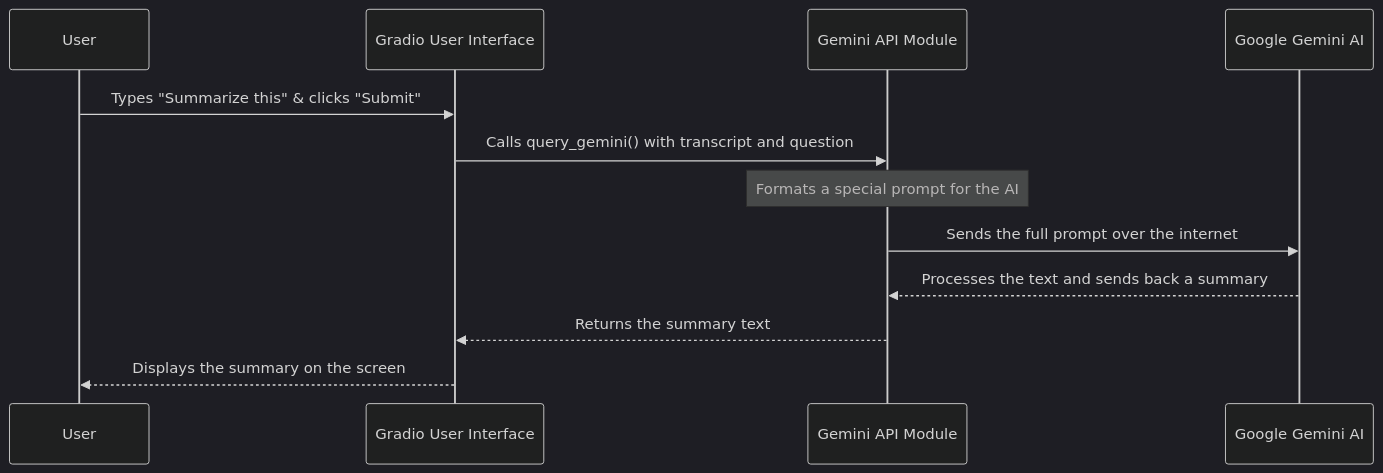
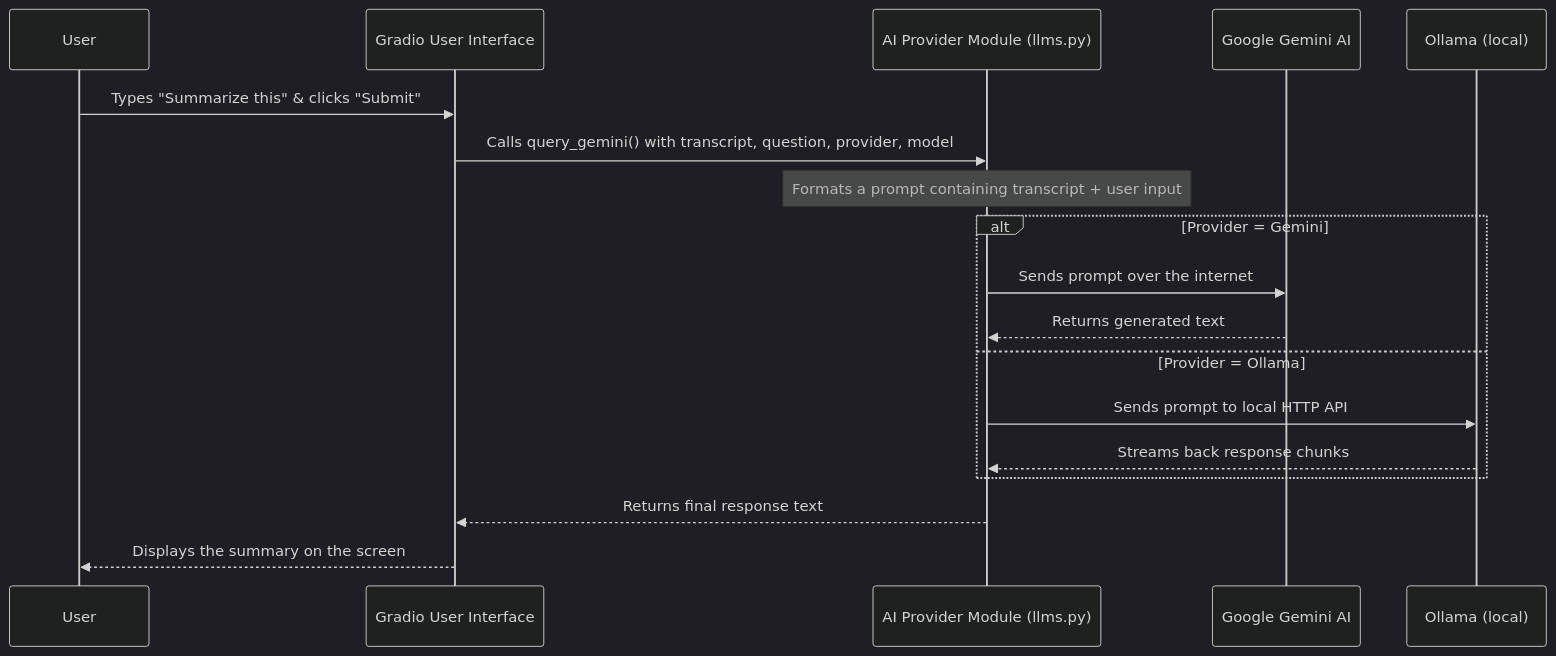
The diagram in documentation/04_gemini_ai_integration_.md (CorsiDanilo/Whisper-Audio-Video-Transcription-App), drawn with Mermaid (dark theme) before and after one commit. The commit also changed other lines of this file and 3 other files, not shown here.

Commit message:
Enhance AI integration: add support for Ollama and Gemini models in UI, update README and documentation

````diff
--- a/documentation/04_gemini_ai_integration_.md
+++ b/documentation/04_gemini_ai_integration_.md
@@ -39,15 +44,21 @@
 ```mermaid
 sequenceDiagram
     participant User
     participant UI as Gradio User Interface
-    participant GAPI as Gemini API Module
+    participant L as AI Provider Module (llms.py)
     participant GEM as Google Gemini AI
+    participant OLL as Ollama (local)
 
     User->>UI: Types "Summarize this" & clicks "Submit"
-    UI->>GAPI: Calls query_gemini() with transcript and question
-    Note over GAPI: Formats a special prompt for the AI
-    GAPI->>GEM: Sends the full prompt over the internet
-    GEM-->>GAPI: Processes the text and sends back a summary
-    GAPI-->>UI: Returns the summary text
+    UI->>L: Calls query_gemini() with transcript, question, provider, model
+    Note over L: Formats a prompt containing transcript + user input
+    alt Provider = Gemini
+        L->>GEM: Sends prompt over the internet
+        GEM-->>L: Returns generated text
+    else Provider = Ollama
+        L->>OLL: Sends prompt to local HTTP API
+        OLL-->>L: Streams back response chunks
+    end
+    L-->>UI: Returns final response text
     UI-->>User: Displays the summary on the screen
 ```
````
